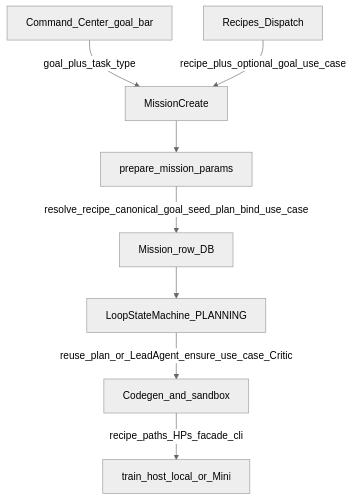
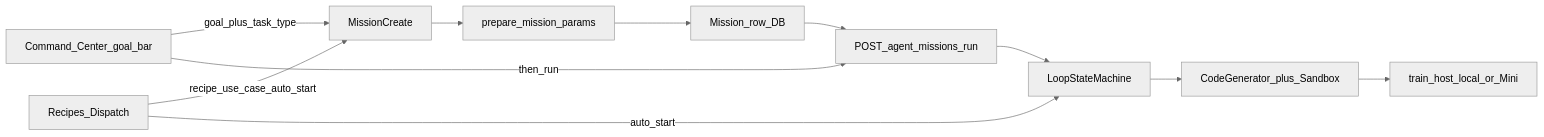
One commit to kewangpro/astra changed the sixth of 6 diagrams in docs/DESIGN.md. Above: the diagram before and after it, drawn with Mermaid (neutral theme). The commit also changed other lines of this file, not shown here.

First line of the commit message:
Align DESIGN Mermaid diagrams with the live Orchestrator stack.

````diff
--- a/docs/DESIGN.md
+++ b/docs/DESIGN.md
@@ -266,19 +267,21 @@
 ```mermaid
-flowchart TB
+flowchart LR
   GoalBar[Command_Center_goal_bar]
   Dispatch[Recipes_Dispatch]
   Create[MissionCreate]
   Prep[prepare_mission_params]
   Mission[Mission_row_DB]
-  Loop[LoopStateMachine_PLANNING]
-  Codegen[Codegen_and_sandbox]
+  Run[POST_agent_missions_run]
+  Loop[LoopStateMachine]
+  Codegen[CodeGenerator_plus_Sandbox]
   Host[train_host_local_or_Mini]
 
   GoalBar -->|"goal_plus_task_type"| Create
-  Dispatch -->|"recipe_plus_optional_goal_use_case"| Create
-  Create --> Prep
-  Prep -->|"resolve_recipe_canonical_goal_seed_plan_bind_use_case"| Mission
-  Mission --> Loop
-  Loop -->|"reuse_plan_or_LeadAgent_ensure_use_case_Critic"| Codegen
-  Codegen -->|"recipe_paths_HPs_facade_cli"| Host
+  Dispatch -->|"recipe_use_case_auto_start"| Create
+  Create --> Prep --> Mission
+  GoalBar -->|"then_run"| Run
+  Mission --> Run
+  Dispatch -->|"auto_start"| Loop
+  Run --> Loop
+  Loop --> Codegen --> Host
 ```
````
